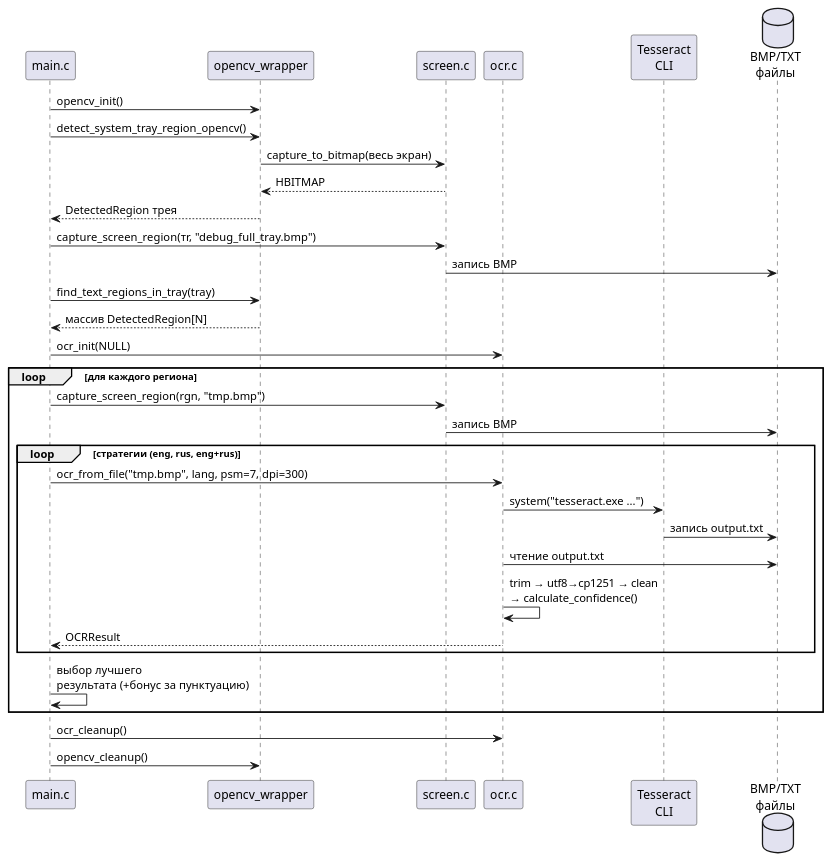
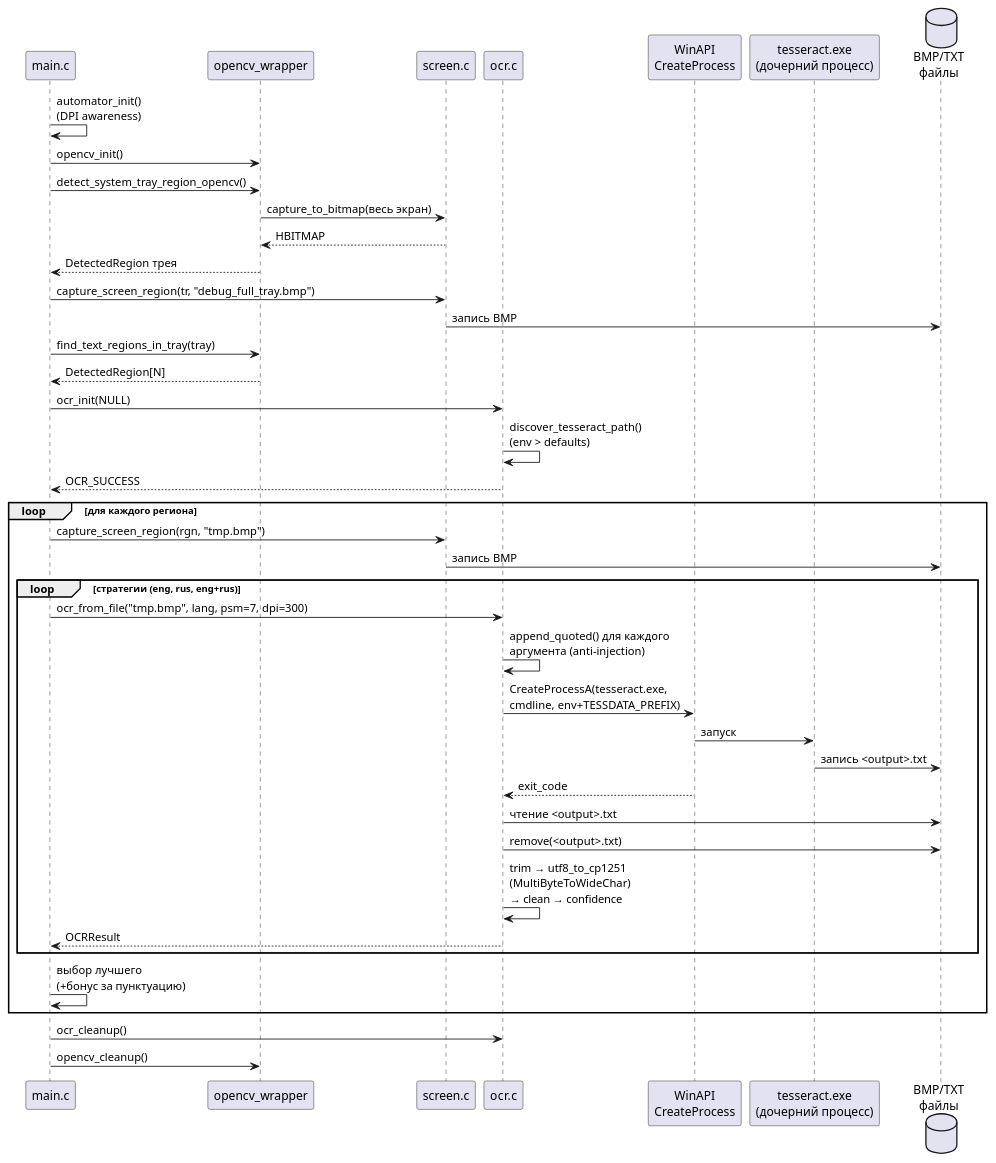
Before and after one commit to ArtemTheVan/automator: the second of 3 diagrams in docs/05-sequences.adoc, drawn with PlantUML. The commit also changed other lines of this file and 5 other files, not shown here.

```diff
--- a/docs/05-sequences.adoc
+++ b/docs/05-sequences.adoc
@@ -43,44 +50,52 @@
 [plantuml, seq-ocr-pipeline, svg]
 ----
 @startuml
 skinparam shadowing false
 participant "main.c" as main
 participant "opencv_wrapper" as ocv
 participant "screen.c" as scr
 participant "ocr.c" as ocr
-participant "Tesseract\nCLI" as tess
+participant "WinAPI\nCreateProcess" as cp
+participant "tesseract.exe\n(дочерний процесс)" as tess
 database "BMP/TXT\nфайлы" as fs
 
-main -> ocv : opencv_init()
-main -> ocv : detect_system_tray_region_opencv()
-ocv -> scr : capture_to_bitmap(весь экран)
-scr --> ocv : HBITMAP
-ocv --> main : DetectedRegion трея
+main -> main : automator_init()\n(DPI awareness)
+main -> ocv  : opencv_init()
+main -> ocv  : detect_system_tray_region_opencv()
+ocv  -> scr  : capture_to_bitmap(весь экран)
+scr  --> ocv : HBITMAP
+ocv  --> main : DetectedRegion трея
 
-main -> scr : capture_screen_region(тr, "debug_full_tray.bmp")
-scr -> fs : запись BMP
+main -> scr  : capture_screen_region(tr, "debug_full_tray.bmp")
+scr  -> fs   : запись BMP
 
-main -> ocv : find_text_regions_in_tray(tray)
-ocv --> main : массив DetectedRegion[N]
+main -> ocv  : find_text_regions_in_tray(tray)
+ocv  --> main : DetectedRegion[N]
 
-main -> ocr : ocr_init(NULL)
+main -> ocr  : ocr_init(NULL)
+ocr  -> ocr  : discover_tesseract_path()\n(env > defaults)
+ocr  --> main : OCR_SUCCESS
 
 loop для каждого региона
-    main -> scr : capture_screen_region(rgn, "tmp.bmp")
-    scr -> fs : запись BMP
+    main -> scr  : capture_screen_region(rgn, "tmp.bmp")
+    scr  -> fs   : запись BMP
 
     loop стратегии (eng, rus, eng+rus)
         main -> ocr : ocr_from_file("tmp.bmp", lang, psm=7, dpi=300)
-        ocr -> tess : system("tesseract.exe ...")
-        tess -> fs : запись output.txt
-        ocr -> fs : чтение output.txt
-        ocr -> ocr : trim → utf8→cp1251 → clean\n→ calculate_confidence()
-        ocr --> main : OCRResult
+        ocr  -> ocr : append_quoted() для каждого\nаргумента (anti-injection)
+        ocr  -> cp  : CreateProcessA(tesseract.exe,\ncmdline, env+TESSDATA_PREFIX)
+        cp   -> tess : запуск
+        tess -> fs   : запись <output>.txt
+        cp   --> ocr : exit_code
+        ocr  -> fs   : чтение <output>.txt
+        ocr  -> fs   : remove(<output>.txt)
+        ocr  -> ocr  : trim → utf8_to_cp1251\n(MultiByteToWideChar)\n→ clean → confidence
+        ocr  --> main : OCRResult
     end
-    main -> main : выбор лучшего\nрезультата (+бонус за пунктуацию)
+    main -> main : выбор лучшего\n(+бонус за пунктуацию)
 end
 
 main -> ocr : ocr_cleanup()
 main -> ocv : opencv_cleanup()
 @enduml
 ----
```
